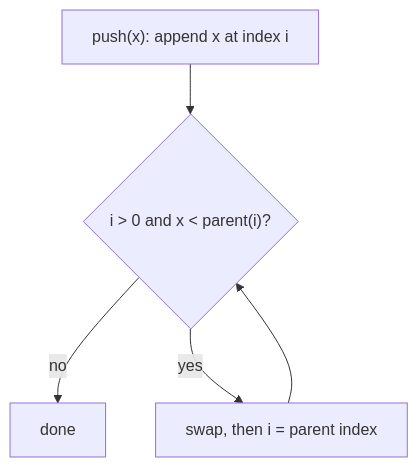
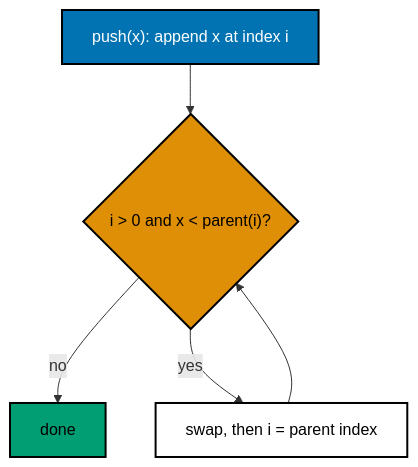
Before and after one commit to wahidyankf/grind-in-public: the first of 3 diagrams in drill/system-design-algos/in-python/algo_04_heap.md, drawn with Mermaid. The commit also changed other lines of this file and 22 other files, not shown here.

First line of the commit message:
docs: use accessible palette in mermaid diagrams

````diff
--- a/drill/system-design-algos/in-python/algo_04_heap.md
+++ b/drill/system-design-algos/in-python/algo_04_heap.md
@@ -38,11 +38,25 @@
 ```mermaid
 flowchart TD
   accTitle: Min-heap sift up after a push
   accDescr {
     Shows how a new item moves up while it is smaller than its parent.
   }
   A["push(x): append x at index i"] --> B{"i > 0 and x < parent(i)?"}
   B -->|no| Z["done"]
   B -->|yes| C["swap, then i = parent index"]
   C --> B
+  classDef default fill:#FFFFFF,stroke:#000000,color:#000000,stroke-width:2px
+  classDef blue fill:#0173B2,stroke:#000000,color:#FFFFFF,stroke-width:2px
+  classDef orange fill:#DE8F05,stroke:#000000,color:#000000,stroke-width:2px
+  classDef teal fill:#029E73,stroke:#000000,color:#000000,stroke-width:2px
+  class B orange
+  class A blue
+  class Z teal
+  classDef default fill:#FFFFFF,stroke:#000000,color:#000000,stroke-width:2px
+  classDef blue fill:#0173B2,stroke:#000000,color:#FFFFFF,stroke-width:2px
+  classDef orange fill:#DE8F05,stroke:#000000,color:#000000,stroke-width:2px
+  classDef teal fill:#029E73,stroke:#000000,color:#000000,stroke-width:2px
+  class B orange
+  class A blue
+  class Z teal
 ```
````
